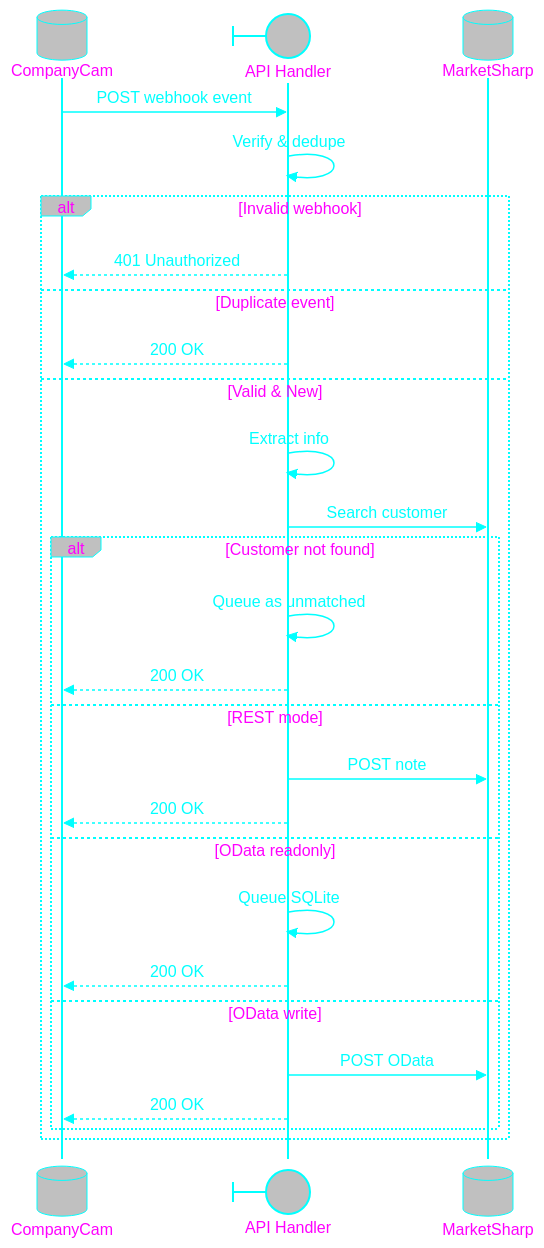
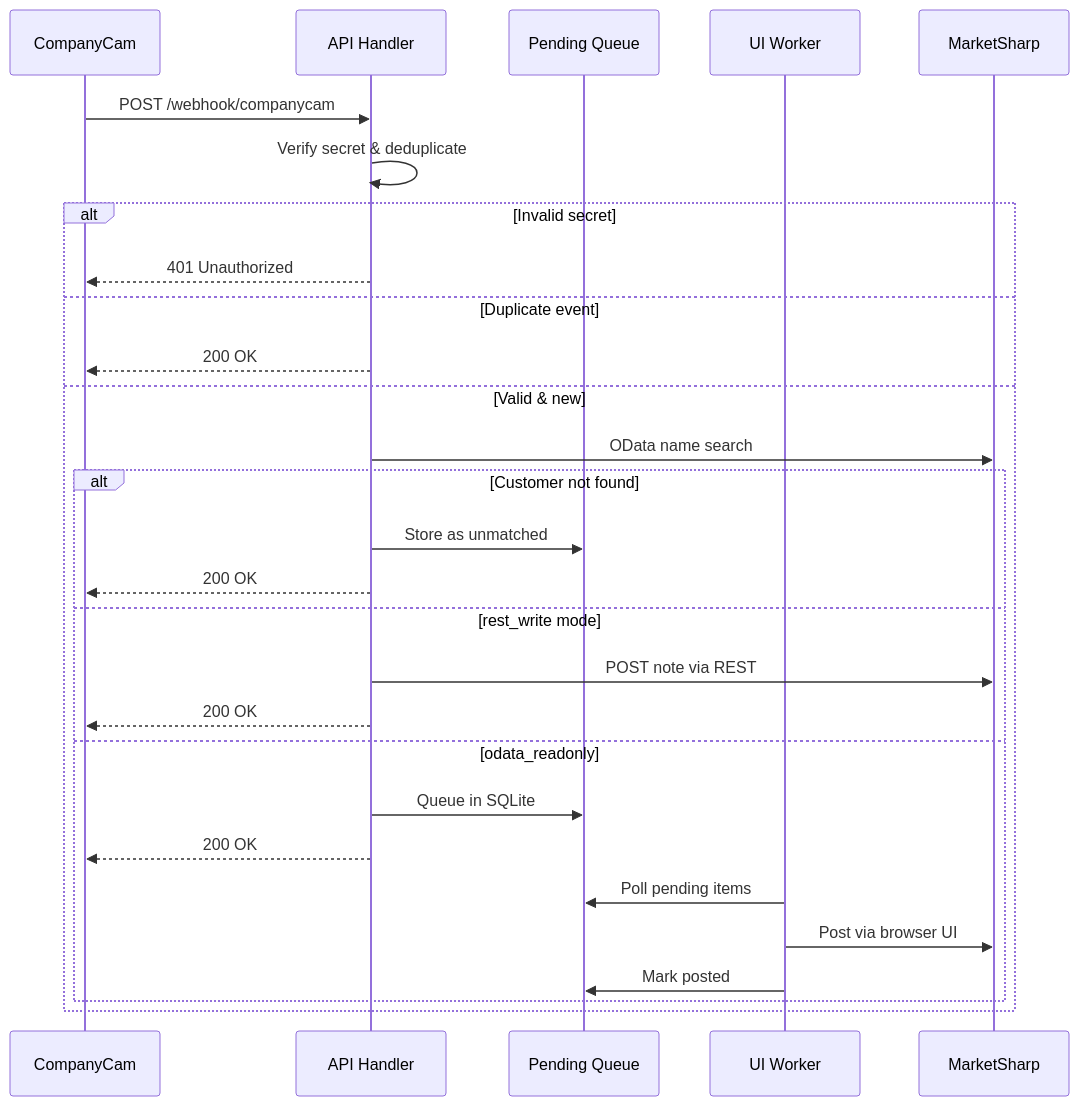
Before and after one commit to sweetrellish/api-handlers-spicer: the second of 3 diagrams in README.md, drawn with Mermaid. The commit also changed other lines of this file and 7 other files, not shown here.

````diff
--- a/README.md
+++ b/README.md
@@ -110,31 +111,31 @@
 ```mermaid
 sequenceDiagram
-%%{init: {'theme': 'base', 'themeVariables': { 'actorBkg': 'silver', 'actorBorder': 'cyan', 'actorTextColor': 'magenta', 'textColor': 'cyan' }}}%%
-    actor CC@{"type": "database"} as CompanyCam
-    actor API@{ "type": "boundary"} as API Handler
-    actor MS@{ "type": "database" } as MarketSharp
+    participant CC as CompanyCam
+    participant API as API Handler
+    participant Q as Pending Queue
+    participant W as UI Worker
+    participant MS as MarketSharp
 
-    CC->>API: POST webhook event
-    API->>API: Verify & dedupe
-    alt Invalid webhook
+    CC->>API: POST /webhook/companycam
+    API->>API: Verify secret & deduplicate
+    alt Invalid secret
         API-->>CC: 401 Unauthorized
     else Duplicate event
         API-->>CC: 200 OK
-    else Valid & New
-        API->>API: Extract info
-        API->>MS: Search customer
+    else Valid & new
+        API->>MS: OData name search
         alt Customer not found
-            API->>API: Queue as unmatched
+            API->>Q: Store as unmatched
             API-->>CC: 200 OK
-        else REST mode
-            API->>MS: POST note
+        else rest_write mode
+            API->>MS: POST note via REST
             API-->>CC: 200 OK
-        else OData readonly
-            API->>API: Queue SQLite
+        else odata_readonly
+            API->>Q: Queue in SQLite
             API-->>CC: 200 OK
-        else OData write
-            API->>MS: POST OData
-            API-->>CC: 200 OK
+            W->>Q: Poll pending items
+            W->>MS: Post via browser UI
+            W->>Q: Mark posted
         end
     end
 ```
````
